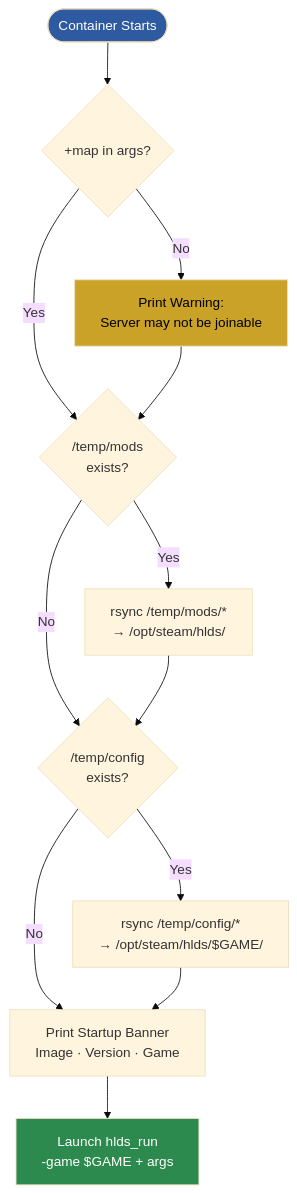
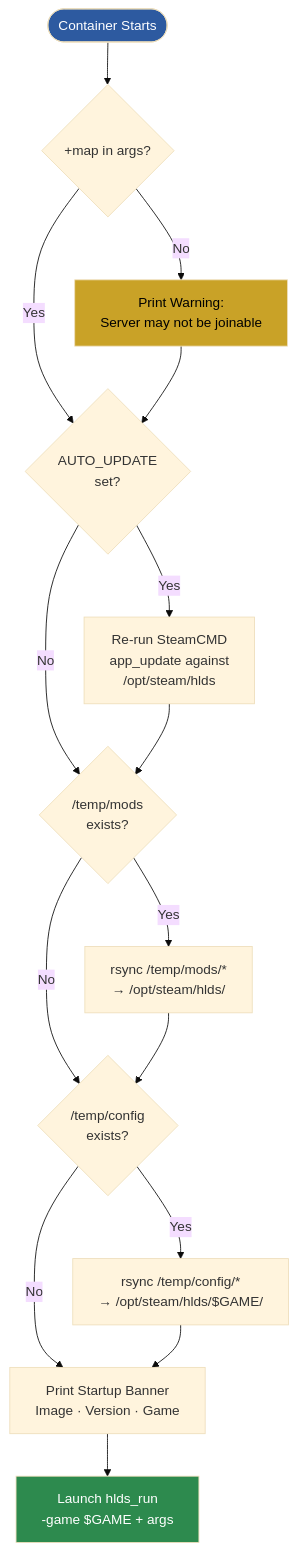
One commit to JamesIves/hlds-docker changed the third of 13 diagrams in ARCHITECTURE.md. Above: the diagram before and after it, drawn with Mermaid (base theme). The commit also changed other lines of this file and 13 other files, not shown here.

````diff
--- a/ARCHITECTURE.md
+++ b/ARCHITECTURE.md
@@ -65,23 +66,27 @@
 ```mermaid
 flowchart TD
     START([Container Starts]) --> CHECK{"+map" in args?}
     CHECK -->|No| WARN[Print Warning:<br>Server may not be joinable]
-    CHECK -->|Yes| MODS
-    WARN --> MODS
+    CHECK -->|Yes| UPDATE
+    WARN --> UPDATE
+
+    UPDATE{"AUTO_UPDATE<br>set?"} -->|Yes| STEAMCMD["Re-run SteamCMD<br>app_update against<br>/opt/steam/hlds"]
+    UPDATE -->|No| MODS
+    STEAMCMD --> MODS
 
     MODS{"/temp/mods<br>exists?"} -->|Yes| SYNC_MODS["rsync /temp/mods/*<br>→ /opt/steam/hlds/"]
     MODS -->|No| CFG
     SYNC_MODS --> CFG
 
     CFG{"/temp/config<br>exists?"} -->|Yes| SYNC_CFG["rsync /temp/config/*<br>→ /opt/steam/hlds/$GAME/"]
     CFG -->|No| BANNER
     SYNC_CFG --> BANNER
 
     BANNER[Print Startup Banner<br>Image · Version · Game] --> LAUNCH
 
     LAUNCH["Launch hlds_run<br>-game $GAME + args"]
 
     style START fill:#2d5aa0,color:#fff
     style LAUNCH fill:#2d8a4e,color:#fff
     style WARN fill:#c9a227,color:#000
 ```
````
